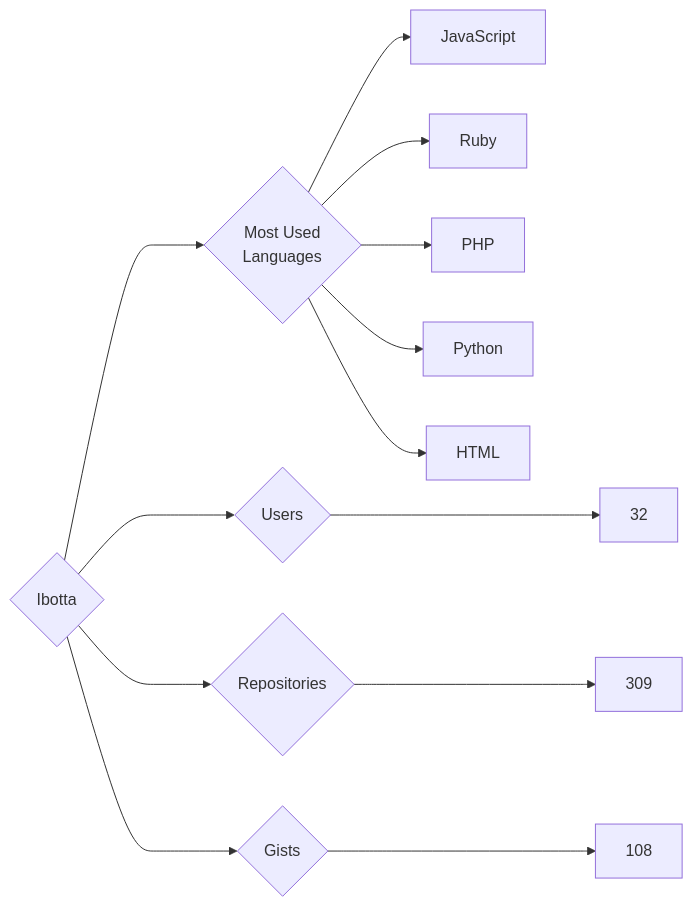
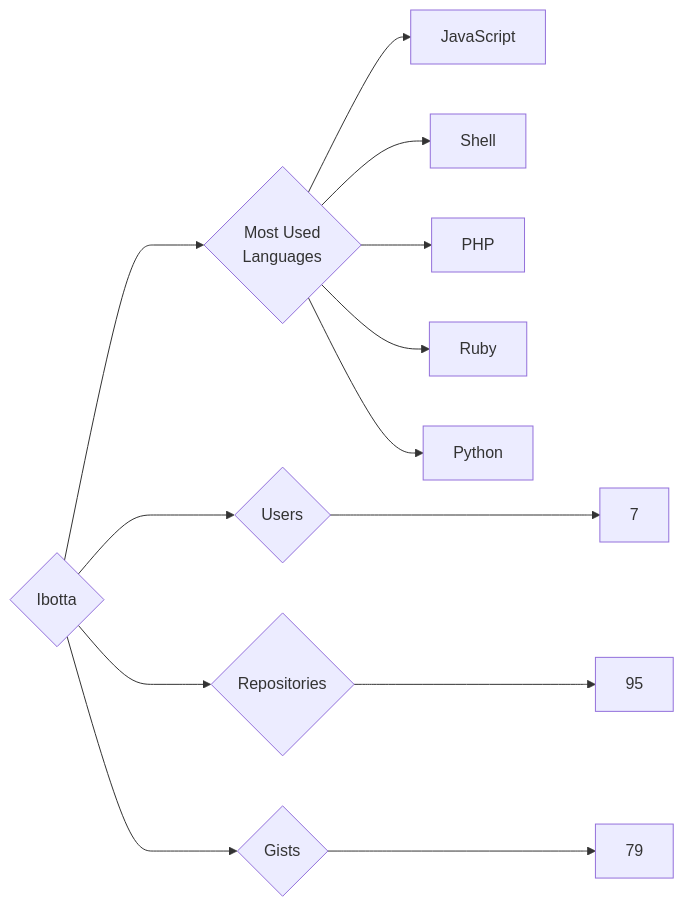
Before and after one commit to trickest/insiders: the diagram in targets/Ibotta/README.md, drawn with Mermaid. The commit also changed 932 other files, not shown here.

````diff
--- a/targets/Ibotta/README.md
+++ b/targets/Ibotta/README.md
@@ -3,13 +3,13 @@
 ```mermaid
 graph LR
 COMPANY_NAME{Ibotta}
-COMPANY_NAME ---> U{Users} ---> UN[32]
-COMPANY_NAME ---> R{Repositories} ---> RN[309]
-COMPANY_NAME ---> G{Gists} ---> GN[108]
+COMPANY_NAME ---> U{Users} ---> UN[7]
+COMPANY_NAME ---> R{Repositories} ---> RN[95]
+COMPANY_NAME ---> G{Gists} ---> GN[79]
 COMPANY_NAME ---> ML{Most Used<br>Languages}
 ML --> JavaScript[JavaScript]
+ML --> Shell[Shell]
+ML --> PHP[PHP]
 ML --> Ruby[Ruby]
-ML --> PHP[PHP]
 ML --> Python[Python]
-ML --> HTML[HTML]
 ```
````
